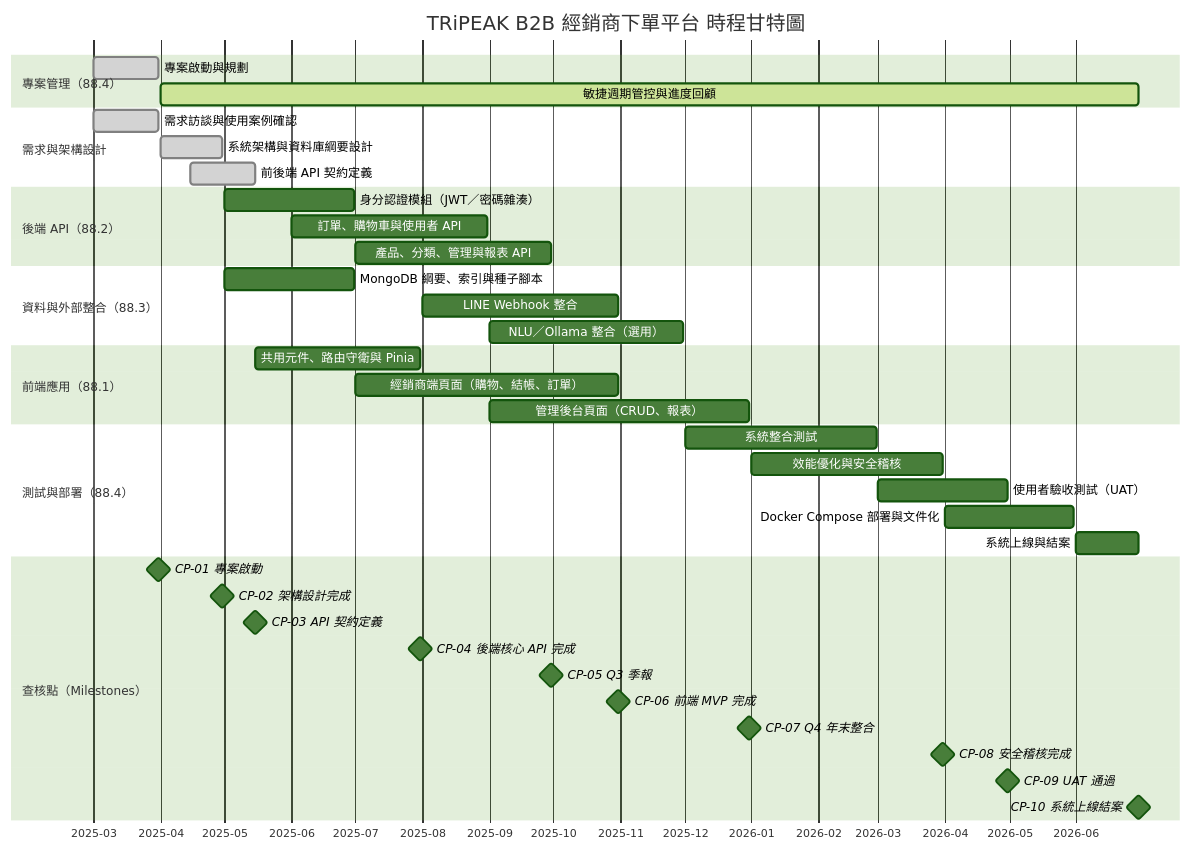
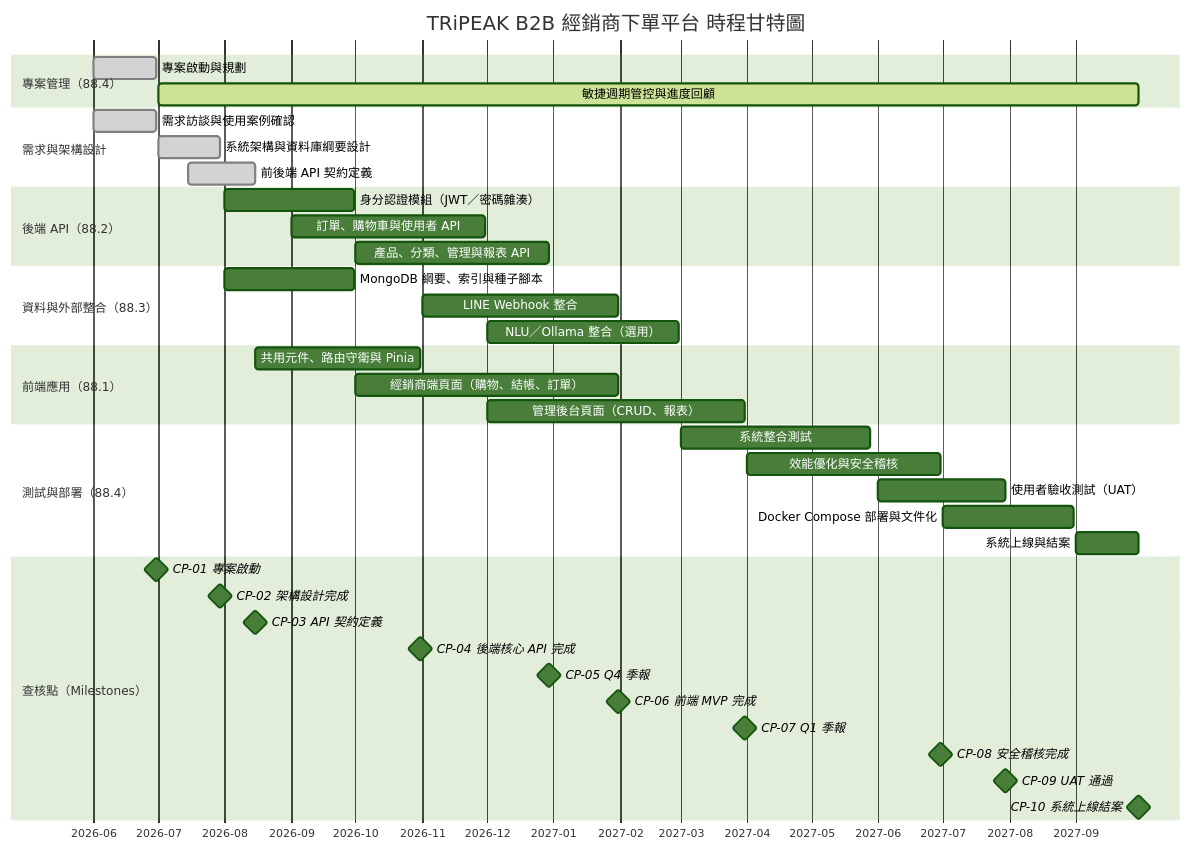
One commit to leecheenbao/tripeak-b2b changed the diagram in report.md. Above: the diagram before and after it, drawn with Mermaid (forest theme). The commit also changed other lines of this file and 2 other files, not shown here.

Commit message:
feat: 更新 Docker Compose 配置與報告中的專案時程 - 移除 Ollama 服務的健康檢查以避免不必要的失敗 - 更新報告中的專案啟動與完成日期，調整各階段的時間安排以反映最新進度 - 調整甘特圖與查核點日期，確保與專案計劃一致

````diff
--- a/report.md
+++ b/report.md
@@ -198,49 +198,49 @@
 ```mermaid
 gantt
     title TRiPEAK B2B 經銷商下單平台 時程甘特圖
     dateFormat  YYYY-MM-DD
     axisFormat  %Y-%m
 
     section 專案管理（88.4）
-    專案啟動與規劃              :done,    pm1,  2025-03-01, 2025-03-31
-    敏捷週期管控與進度回顧        :active,  pm2,  2025-04-01, 2026-06-30
+    專案啟動與規劃              :done,    pm1,  2026-06-01, 2026-06-30
+    敏捷週期管控與進度回顧        :active,  pm2,  2026-07-01, 2027-09-30
 
     section 需求與架構設計
-    需求訪談與使用案例確認        :done,    req1, 2025-03-01, 2025-03-31
-    系統架構與資料庫綱要設計      :done,    des1, 2025-04-01, 2025-04-30
-    前後端 API 契約定義          :done,    des2, 2025-04-15, 2025-05-15
+    需求訪談與使用案例確認        :done,    req1, 2026-06-01, 2026-06-30
+    系統架構與資料庫綱要設計      :done,    des1, 2026-07-01, 2026-07-30
+    前後端 API 契約定義          :done,    des2, 2026-07-15, 2026-08-15
 
     section 後端 API（88.2）
-    身分認證模組（JWT／密碼雜湊）  :         be1,  2025-05-01, 2025-06-30
-    訂單、購物車與使用者 API      :         be2,  2025-06-01, 2025-08-31
-    產品、分類、管理與報表 API    :         be3,  2025-07-01, 2025-09-30
+    身分認證模組（JWT／密碼雜湊）  :         be1,  2026-08-01, 2026-09-30
+    訂單、購物車與使用者 API      :         be2,  2026-09-01, 2026-11-30
+    產品、分類、管理與報表 API    :         be3,  2026-10-01, 2026-12-30
 
     section 資料與外部整合（88.3）
-    MongoDB 綱要、索引與種子腳本  :         db1,  2025-05-01, 2025-06-30
-    LINE Webhook 整合            :         int1, 2025-08-01, 2025-10-31
-    NLU／Ollama 整合（選用）      :         int2, 2025-09-01, 2025-11-30
+    MongoDB 綱要、索引與種子腳本  :         db1,  2026-08-01, 2026-09-30
+    LINE Webhook 整合            :         int1, 2026-11-01, 2027-01-31
+    NLU／Ollama 整合（選用）      :         int2, 2026-12-01, 2027-02-28
 
     section 前端應用（88.1）
-    共用元件、路由守衛與 Pinia    :         fe1,  2025-05-15, 2025-07-31
-    經銷商端頁面（購物、結帳、訂單）:         fe2,  2025-07-01, 2025-10-31
-    管理後台頁面（CRUD、報表）    :         fe3,  2025-09-01, 2025-12-31
+    共用元件、路由守衛與 Pinia    :         fe1,  2026-08-15, 2026-10-31
+    經銷商端頁面（購物、結帳、訂單）:         fe2,  2026-10-01, 2027-01-31
+    管理後台頁面（CRUD、報表）    :         fe3,  2026-12-01, 2027-03-31
 
     section 測試與部署（88.4）
-    系統整合測試                 :         tst1, 2025-12-01, 2026-02-28
-    效能優化與安全稽核            :         tst2, 2026-01-01, 2026-03-31
-    使用者驗收測試（UAT）         :         tst3, 2026-03-01, 2026-04-30
-    Docker Compose 部署與文件化  :         dep1, 2026-04-01, 2026-05-31
-    系統上線與結案               :         dep2, 2026-06-01, 2026-06-30
+    系統整合測試                 :         tst1, 2027-03-01, 2027-05-28
+    效能優化與安全稽核            :         tst2, 2027-04-01, 2027-06-30
+    使用者驗收測試（UAT）         :         tst3, 2027-06-01, 2027-07-30
+    Docker Compose 部署與文件化  :         dep1, 2027-07-01, 2027-08-31
+    系統上線與結案               :         dep2, 2027-09-01, 2027-09-30
 
     section 查核點（Milestones）
-    CP-01 專案啟動              :milestone, cp01, 2025-03-31, 0d
-    CP-02 架構設計完成           :milestone, cp02, 2025-04-30, 0d
-    CP-03 API 契約定義           :milestone, cp03, 2025-05-15, 0d
-    CP-04 後端核心 API 完成      :milestone, cp04, 2025-07-31, 0d
-    CP-05 Q3 季報               :milestone, cp05, 2025-09-30, 0d
-    CP-06 前端 MVP 完成          :milestone, cp06, 2025-10-31, 0d
-    CP-07 Q4 年末整合            :milestone, cp07, 2025-12-31, 0d
-    CP-08 安全稽核完成           :milestone, cp08, 2026-03-31, 0d
-    CP-09 UAT 通過              :milestone, cp09, 2026-04-30, 0d
-    CP-10 系統上線結案           :milestone, cp10, 2026-06-30, 0d
+    CP-01 專案啟動              :milestone, cp01, 2026-06-30, 0d
+    CP-02 架構設計完成           :milestone, cp02, 2026-07-30, 0d
+    CP-03 API 契約定義           :milestone, cp03, 2026-08-15, 0d
+    CP-04 後端核心 API 完成      :milestone, cp04, 2026-10-31, 0d
+    CP-05 Q4 季報               :milestone, cp05, 2026-12-30, 0d
+    CP-06 前端 MVP 完成          :milestone, cp06, 2027-01-31, 0d
+    CP-07 Q1 季報               :milestone, cp07, 2027-03-31, 0d
+    CP-08 安全稽核完成           :milestone, cp08, 2027-06-30, 0d
+    CP-09 UAT 通過              :milestone, cp09, 2027-07-30, 0d
+    CP-10 系統上線結案           :milestone, cp10, 2027-09-30, 0d
 ```
````
